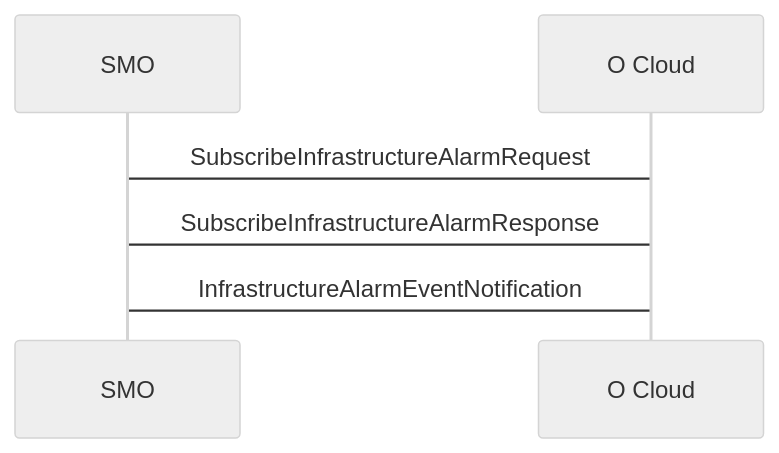
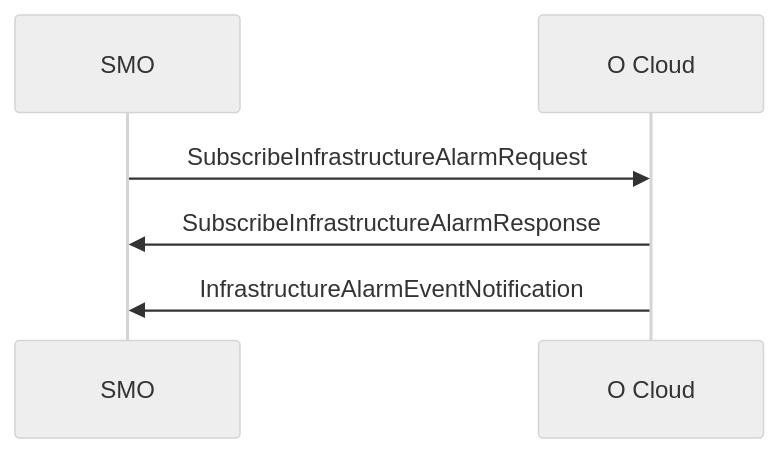
One commit to NTUST-BMW-Lab/documentation-book changed the sixth of 7 diagrams in O-RAN/O2 Interface/2_O2ims_Services.md. Above: the diagram before and after it, drawn with Mermaid (neutral theme). The commit also changed other lines of this file, not shown here.

````diff
--- a/O-RAN/O2 Interface/2_O2ims_Services.md
+++ b/O-RAN/O2 Interface/2_O2ims_Services.md
@@ -260,6 +260,6 @@
 ```mermaid
 sequenceDiagram
-SMO->O Cloud: SubscribeInfrastructureAlarmRequest
-O Cloud->SMO: SubscribeInfrastructureAlarmResponse
-O Cloud->SMO: InfrastructureAlarmEventNotification
+SMO->>O Cloud: SubscribeInfrastructureAlarmRequest
+O Cloud->>SMO: SubscribeInfrastructureAlarmResponse
+O Cloud->>SMO: InfrastructureAlarmEventNotification
 ```
````
